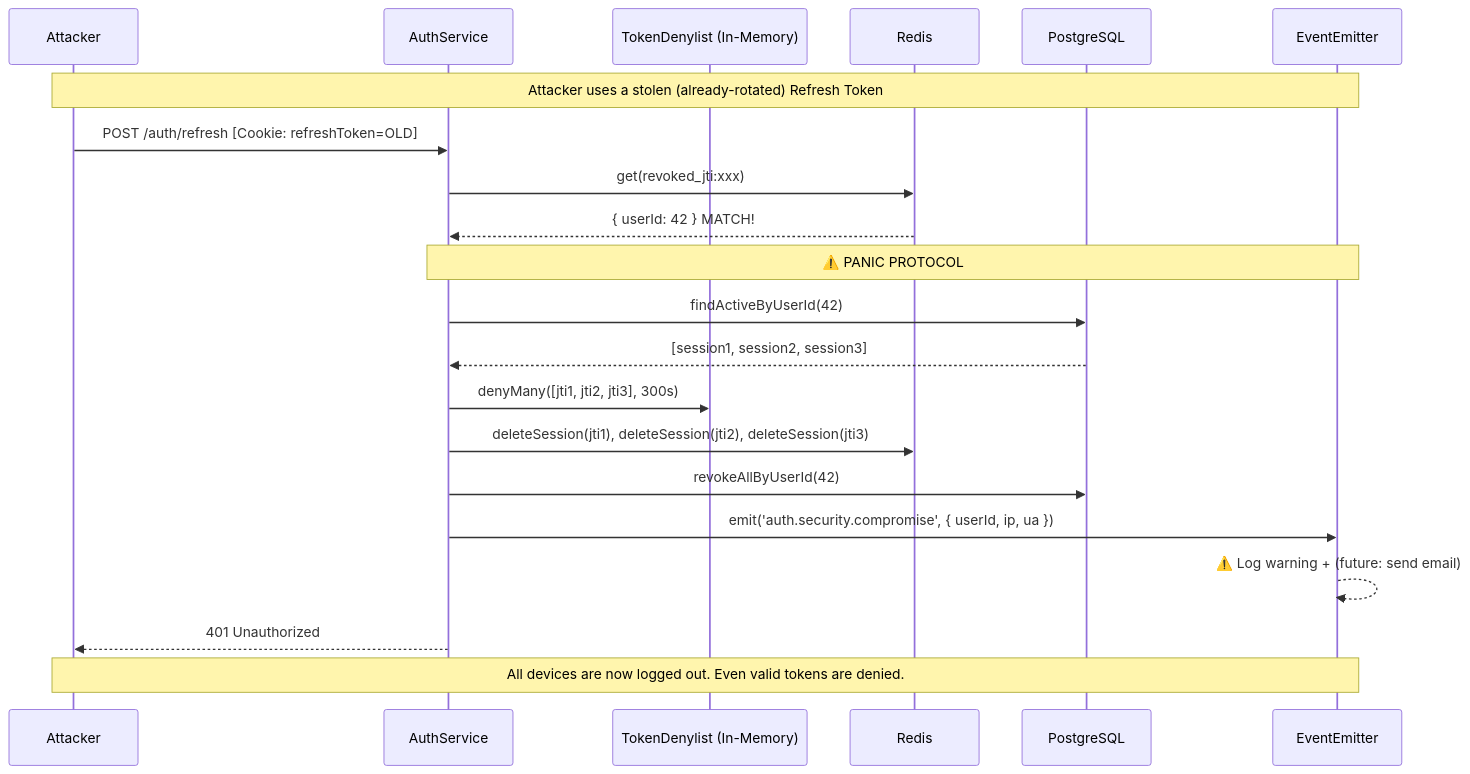
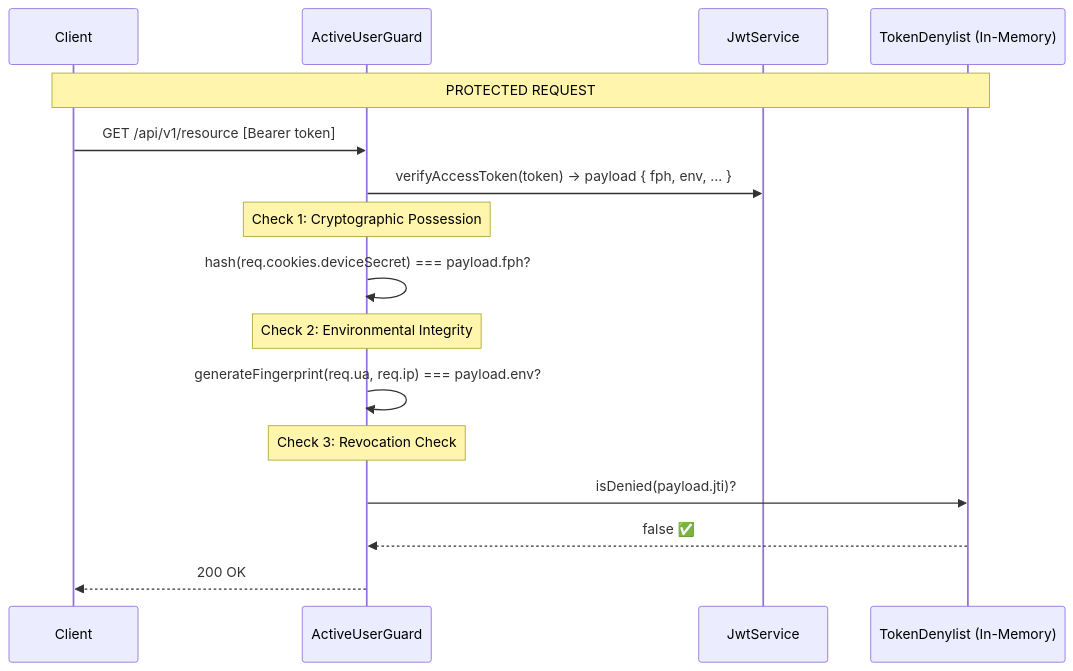
One commit to itsferdiardiansa/ECommerce-Stats changed the second of 2 diagrams in apps/api/docs/auth.md. Above: the diagram before and after it, drawn with Mermaid. The commit also changed other lines of this file, not shown here.

Commit message:
docs(auth): update the auth flow and logic

````diff
--- a/apps/api/docs/auth.md
+++ b/apps/api/docs/auth.md
@@ -56,26 +88,22 @@
 ```mermaid
 sequenceDiagram
-    participant Attacker as Attacker
-    participant Auth as AuthService
+    participant Client as Client
+    participant Guard as ActiveUserGuard
+    participant JWT as JwtService
     participant Denylist as TokenDenylist (In-Memory)
-    participant Redis as Redis
-    participant DB as PostgreSQL
-    participant Events as EventEmitter
 
-    Note over Attacker, Events: Attacker uses a stolen (already-rotated) Refresh Token
-    Attacker->>Auth: POST /auth/refresh [Cookie: refreshToken=OLD]
-    Auth->>Redis: get(revoked_jti:xxx)
-    Redis-->>Auth: { userId: 42 } MATCH!
+    Note over Client, Denylist: PROTECTED REQUEST
+    Client->>Guard: GET /api/v1/resource [Bearer token]
+    Guard->>JWT: verifyAccessToken(token) -> payload { fph, env, ... }
 
-    Note over Auth, Events: ⚠️ PANIC PROTOCOL
-    Auth->>DB: findActiveByUserId(42)
-    DB-->>Auth: [session1, session2, session3]
-    Auth->>Denylist: denyMany([jti1, jti2, jti3], 300s)
-    Auth->>Redis: deleteSession(jti1), deleteSession(jti2), deleteSession(jti3)
-    Auth->>DB: revokeAllByUserId(42)
-    Auth->>Events: emit('auth.security.compromise', { userId, ip, ua })
-    Events-->>Events: ⚠️ Log warning + (future: send email)
-    Auth-->>Attacker: 401 Unauthorized
+    Note over Guard: Check 1: Cryptographic Possession
+    Guard->>Guard: hash(req.cookies.deviceSecret) === payload.fph?
 
-    Note over Attacker, Events: All devices are now logged out. Even valid tokens are denied.
+    Note over Guard: Check 2: Environmental Integrity
+    Guard->>Guard: generateFingerprint(req.ua, req.ip) === payload.env?
+
+    Note over Guard: Check 3: Revocation Check
+    Guard->>Denylist: isDenied(payload.jti)?
+    Denylist-->>Guard: false ✅
+    Guard-->>Client: 200 OK
 ```
````
